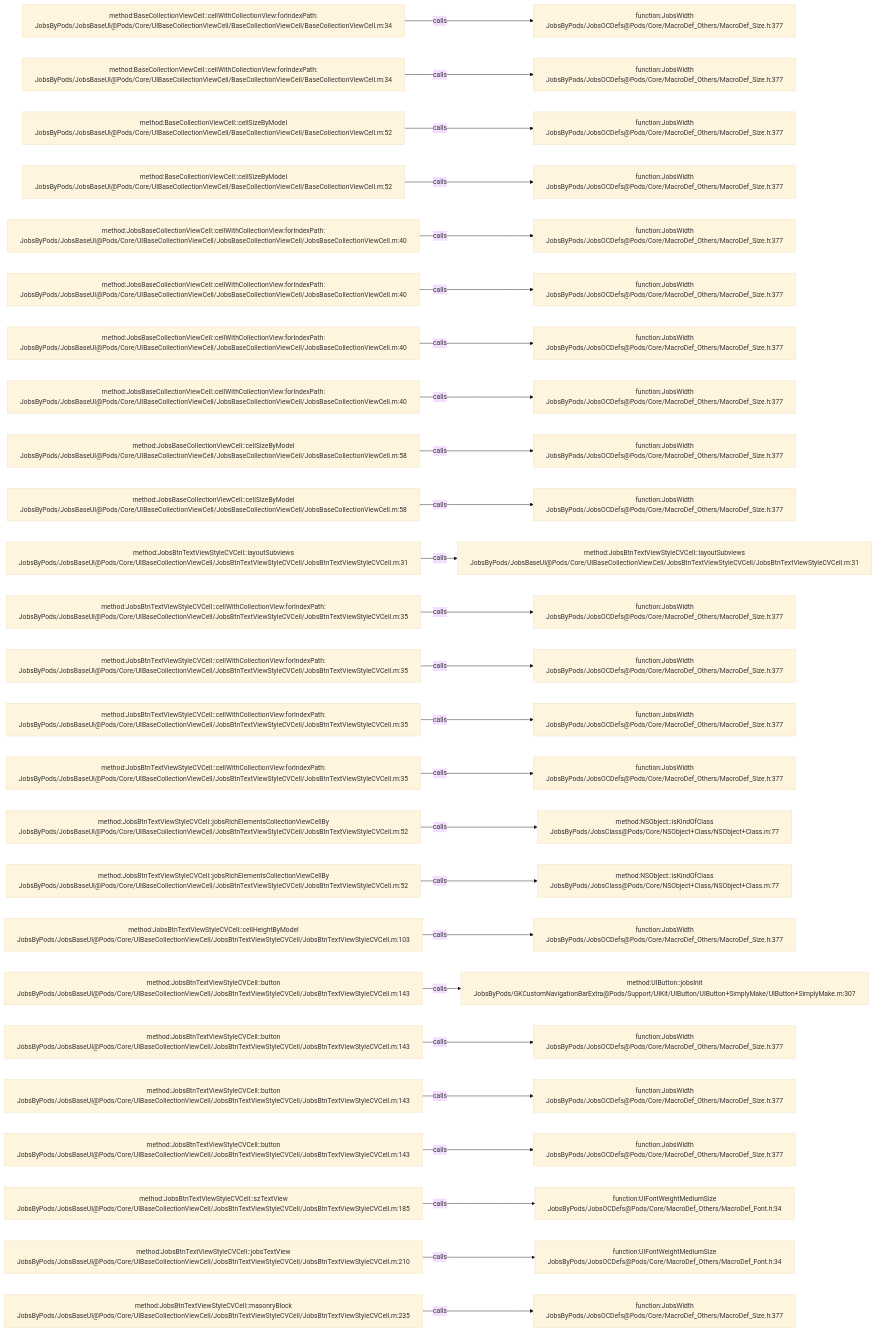
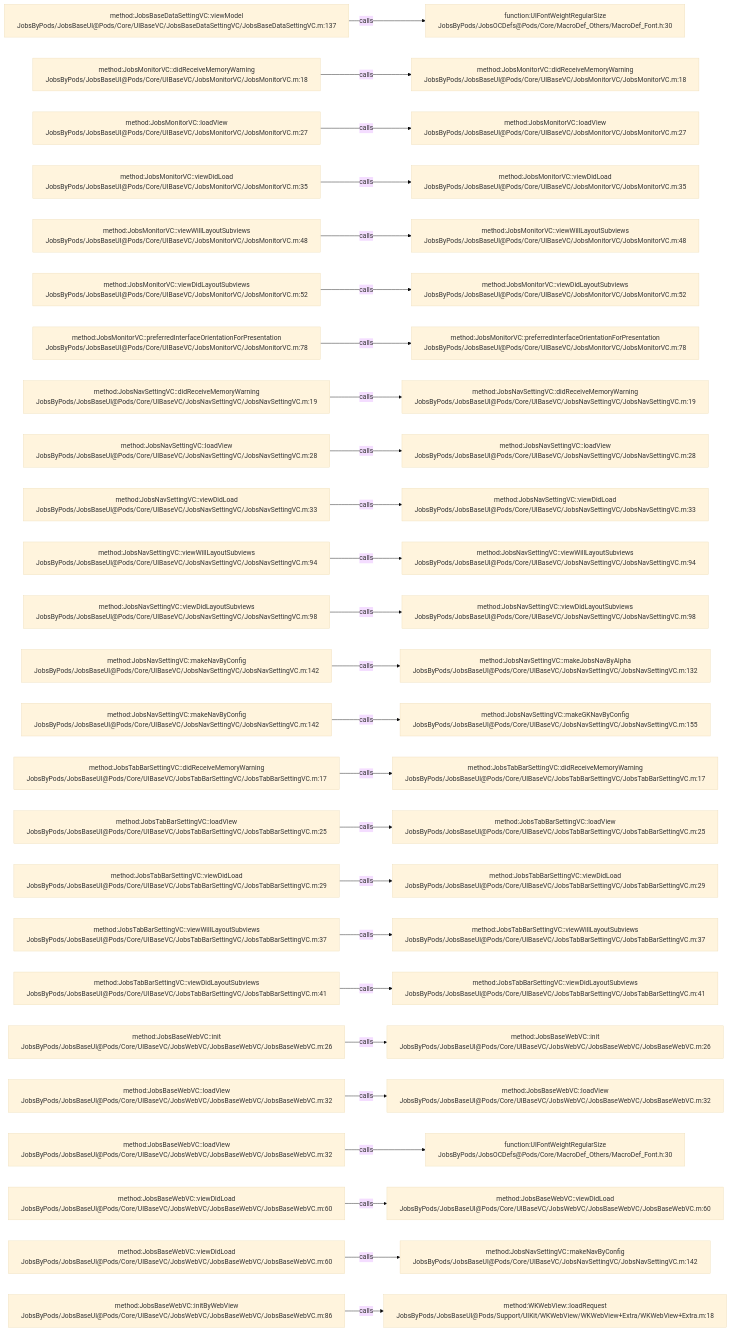
Before and after one commit to JobsKits/JobsOCBaseConfigDemo: the diagram in .codegraph/codegraph.md/graphs/calls-034.md, drawn with Mermaid (base theme). The commit also changed 1026 other files, not shown here.

````diff
--- a/.codegraph/codegraph.md/graphs/calls-034.md
+++ b/.codegraph/codegraph.md/graphs/calls-034.md
@@ -13,78 +13,78 @@
 ```mermaid
 flowchart LR
-  S1["method:BaseCollectionViewCell::cellWithCollectionView:forIndexPath:<br/>JobsByPods/JobsBaseUI@Pods/Core/UIBaseCollectionViewCell/BaseCollectionViewCell/BaseCollectionViewCell.m:34"]
-  T1["function:JobsWidth<br/>JobsByPods/JobsOCDefs@Pods/Core/MacroDef_Others/MacroDef_Size.h:377"]
+  S1["method:JobsBaseDataSettingVC::viewModel<br/>JobsByPods/JobsBaseUI@Pods/Core/UIBaseVC/JobsBaseDataSettingVC/JobsBaseDataSettingVC.m:137"]
+  T1["function:UIFontWeightRegularSize<br/>JobsByPods/JobsOCDefs@Pods/Core/MacroDef_Others/MacroDef_Font.h:30"]
   S1 -->|calls| T1
-  S2["method:BaseCollectionViewCell::cellWithCollectionView:forIndexPath:<br/>JobsByPods/JobsBaseUI@Pods/Core/UIBaseCollectionViewCell/BaseCollectionViewCell/BaseCollectionViewCell.m:34"]
-  T2["function:JobsWidth<br/>JobsByPods/JobsOCDefs@Pods/Core/MacroDef_Others/MacroDef_Size.h:377"]
+  S2["method:JobsMonitorVC::didReceiveMemoryWarning<br/>JobsByPods/JobsBaseUI@Pods/Core/UIBaseVC/JobsMonitorVC/JobsMonitorVC.m:18"]
+  T2["method:JobsMonitorVC::didReceiveMemoryWarning<br/>JobsByPods/JobsBaseUI@Pods/Core/UIBaseVC/JobsMonitorVC/JobsMonitorVC.m:18"]
   S2 -->|calls| T2
-  S3["method:BaseCollectionViewCell::cellSizeByModel<br/>JobsByPods/JobsBaseUI@Pods/Core/UIBaseCollectionViewCell/BaseCollectionViewCell/BaseCollectionViewCell.m:52"]
-  T3["function:JobsWidth<br/>JobsByPods/JobsOCDefs@Pods/Core/MacroDef_Others/MacroDef_Size.h:377"]
+  S3["method:JobsMonitorVC::loadView<br/>JobsByPods/JobsBaseUI@Pods/Core/UIBaseVC/JobsMonitorVC/JobsMonitorVC.m:27"]
+  T3["method:JobsMonitorVC::loadView<br/>JobsByPods/JobsBaseUI@Pods/Core/UIBaseVC/JobsMonitorVC/JobsMonitorVC.m:27"]
   S3 -->|calls| T3
-  S4["method:BaseCollectionViewCell::cellSizeByModel<br/>JobsByPods/JobsBaseUI@Pods/Core/UIBaseCollectionViewCell/BaseCollectionViewCell/BaseCollectionViewCell.m:52"]
-  T4["function:JobsWidth<br/>JobsByPods/JobsOCDefs@Pods/Core/MacroDef_Others/MacroDef_Size.h:377"]
+  S4["method:JobsMonitorVC::viewDidLoad<br/>JobsByPods/JobsBaseUI@Pods/Core/UIBaseVC/JobsMonitorVC/JobsMonitorVC.m:35"]
+  T4["method:JobsMonitorVC::viewDidLoad<br/>JobsByPods/JobsBaseUI@Pods/Core/UIBaseVC/JobsMonitorVC/JobsMonitorVC.m:35"]
   S4 -->|calls| T4
-  S5["method:JobsBaseCollectionViewCell::cellWithCollectionView:forIndexPath:<br/>JobsByPods/JobsBaseUI@Pods/Core/UIBaseCollectionViewCell/JobsBaseCollectionViewCell/JobsBaseCollectionViewCell.m:40"]
-  T5["function:JobsWidth<br/>JobsByPods/JobsOCDefs@Pods/Core/MacroDef_Others/MacroDef_Size.h:377"]
+  S5["method:JobsMonitorVC::viewWillLayoutSubviews<br/>JobsByPods/JobsBaseUI@Pods/Core/UIBaseVC/JobsMonitorVC/JobsMonitorVC.m:48"]
+  T5["method:JobsMonitorVC::viewWillLayoutSubviews<br/>JobsByPods/JobsBaseUI@Pods/Core/UIBaseVC/JobsMonitorVC/JobsMonitorVC.m:48"]
   S5 -->|calls| T5
-  S6["method:JobsBaseCollectionViewCell::cellWithCollectionView:forIndexPath:<br/>JobsByPods/JobsBaseUI@Pods/Core/UIBaseCollectionViewCell/JobsBaseCollectionViewCell/JobsBaseCollectionViewCell.m:40"]
-  T6["function:JobsWidth<br/>JobsByPods/JobsOCDefs@Pods/Core/MacroDef_Others/MacroDef_Size.h:377"]
+  S6["method:JobsMonitorVC::viewDidLayoutSubviews<br/>JobsByPods/JobsBaseUI@Pods/Core/UIBaseVC/JobsMonitorVC/JobsMonitorVC.m:52"]
+  T6["method:JobsMonitorVC::viewDidLayoutSubviews<br/>JobsByPods/JobsBaseUI@Pods/Core/UIBaseVC/JobsMonitorVC/JobsMonitorVC.m:52"]
   S6 -->|calls| T6
-  S7["method:JobsBaseCollectionViewCell::cellWithCollectionView:forIndexPath:<br/>JobsByPods/JobsBaseUI@Pods/Core/UIBaseCollectionViewCell/JobsBaseCollectionViewCell/JobsBaseCollectionViewCell.m:40"]
-  T7["function:JobsWidth<br/>JobsByPods/JobsOCDefs@Pods/Core/MacroDef_Others/MacroDef_Size.h:377"]
+  S7["method:JobsMonitorVC::preferredInterfaceOrientationForPresentation<br/>JobsByPods/JobsBaseUI@Pods/Core/UIBaseVC/JobsMonitorVC/JobsMonitorVC.m:78"]
+  T7["method:JobsMonitorVC::preferredInterfaceOrientationForPresentation<br/>JobsByPods/JobsBaseUI@Pods/Core/UIBaseVC/JobsMonitorVC/JobsMonitorVC.m:78"]
   S7 -->|calls| T7
-  S8["method:JobsBaseCollectionViewCell::cellWithCollectionView:forIndexPath:<br/>JobsByPods/JobsBaseUI@Pods/Core/UIBaseCollectionViewCell/JobsBaseCollectionViewCell/JobsBaseCollectionViewCell.m:40"]
-  T8["function:JobsWidth<br/>JobsByPods/JobsOCDefs@Pods/Core/MacroDef_Others/MacroDef_Size.h:377"]
+  S8["method:JobsNavSettingVC::didReceiveMemoryWarning<br/>JobsByPods/JobsBaseUI@Pods/Core/UIBaseVC/JobsNavSettingVC/JobsNavSettingVC.m:19"]
+  T8["method:JobsNavSettingVC::didReceiveMemoryWarning<br/>JobsByPods/JobsBaseUI@Pods/Core/UIBaseVC/JobsNavSettingVC/JobsNavSettingVC.m:19"]
   S8 -->|calls| T8
-  S9["method:JobsBaseCollectionViewCell::cellSizeByModel<br/>JobsByPods/JobsBaseUI@Pods/Core/UIBaseCollectionViewCell/JobsBaseCollectionViewCell/JobsBaseCollectionViewCell.m:58"]
-  T9["function:JobsWidth<br/>JobsByPods/JobsOCDefs@Pods/Core/MacroDef_Others/MacroDef_Size.h:377"]
+  S9["method:JobsNavSettingVC::loadView<br/>JobsByPods/JobsBaseUI@Pods/Core/UIBaseVC/JobsNavSettingVC/JobsNavSettingVC.m:28"]
+  T9["method:JobsNavSettingVC::loadView<br/>JobsByPods/JobsBaseUI@Pods/Core/UIBaseVC/JobsNavSettingVC/JobsNavSettingVC.m:28"]
   S9 -->|calls| T9
-  S10["method:JobsBaseCollectionViewCell::cellSizeByModel<br/>JobsByPods/JobsBaseUI@Pods/Core/UIBaseCollectionViewCell/JobsBaseCollectionViewCell/JobsBaseCollectionViewCell.m:58"]
-  T10["function:JobsWidth<br/>JobsByPods/JobsOCDefs@Pods/Core/MacroDef_Others/MacroDef_Size.h:377"]
+  S10["method:JobsNavSettingVC::viewDidLoad<br/>JobsByPods/JobsBaseUI@Pods/Core/UIBaseVC/JobsNavSettingVC/JobsNavSettingVC.m:33"]
+  T10["method:JobsNavSettingVC::viewDidLoad<br/>JobsByPods/JobsBaseUI@Pods/Core/UIBaseVC/JobsNavSettingVC/JobsNavSettingVC.m:33"]
   S10 -->|calls| T10
-  S11["method:JobsBtnTextViewStyleCVCell::layoutSubviews<br/>JobsByPods/JobsBaseUI@Pods/Core/UIBaseCollectionViewCell/JobsBtnTextViewStyleCVCell/JobsBtnTextViewStyleCVCell.m:31"]
-  T11["method:JobsBtnTextViewStyleCVCell::layoutSubviews<br/>JobsByPods/JobsBaseUI@Pods/Core/UIBaseCollectionViewCell/JobsBtnTextViewStyleCVCell/JobsBtnTextViewStyleCVCell.m:31"]
+  S11["method:JobsNavSettingVC::viewWillLayoutSubviews<br/>JobsByPods/JobsBaseUI@Pods/Core/UIBaseVC/JobsNavSettingVC/JobsNavSettingVC.m:94"]
+  T11["method:JobsNavSettingVC::viewWillLayoutSubviews<br/>JobsByPods/JobsBaseUI@Pods/Core/UIBaseVC/JobsNavSettingVC/JobsNavSettingVC.m:94"]
   S11 -->|calls| T11
-  S12["method:JobsBtnTextViewStyleCVCell::cellWithCollectionView:forIndexPath:<br/>JobsByPods/JobsBaseUI@Pods/Core/UIBaseCollectionViewCell/JobsBtnTextViewStyleCVCell/JobsBtnTextViewStyleCVCell.m:35"]
-  T12["function:JobsWidth<br/>JobsByPods/JobsOCDefs@Pods/Core/MacroDef_Others/MacroDef_Size.h:377"]
+  S12["method:JobsNavSettingVC::viewDidLayoutSubviews<br/>JobsByPods/JobsBaseUI@Pods/Core/UIBaseVC/JobsNavSettingVC/JobsNavSettingVC.m:98"]
+  T12["method:JobsNavSettingVC::viewDidLayoutSubviews<br/>JobsByPods/JobsBaseUI@Pods/Core/UIBaseVC/JobsNavSettingVC/JobsNavSettingVC.m:98"]
   S12 -->|calls| T12
-  S13["method:JobsBtnTextViewStyleCVCell::cellWithCollectionView:forIndexPath:<br/>JobsByPods/JobsBaseUI@Pods/Core/UIBaseCollectionViewCell/JobsBtnTextViewStyleCVCell/JobsBtnTextViewStyleCVCell.m:35"]
-  T13["function:JobsWidth<br/>JobsByPods/JobsOCDefs@Pods/Core/MacroDef_Others/MacroDef_Size.h:377"]
+  S13["method:JobsNavSettingVC::makeNavByConfig<br/>JobsByPods/JobsBaseUI@Pods/Core/UIBaseVC/JobsNavSettingVC/JobsNavSettingVC.m:142"]
+  T13["method:JobsNavSettingVC::makeJobsNavByAlpha<br/>JobsByPods/JobsBaseUI@Pods/Core/UIBaseVC/JobsNavSettingVC/JobsNavSettingVC.m:132"]
   S13 -->|calls| T13
-  S14["method:JobsBtnTextViewStyleCVCell::cellWithCollectionView:forIndexPath:<br/>JobsByPods/JobsBaseUI@Pods/Core/UIBaseCollectionViewCell/JobsBtnTextViewStyleCVCell/JobsBtnTextViewStyleCVCell.m:35"]
-  T14["function:JobsWidth<br/>JobsByPods/JobsOCDefs@Pods/Core/MacroDef_Others/MacroDef_Size.h:377"]
+  S14["method:JobsNavSettingVC::makeNavByConfig<br/>JobsByPods/JobsBaseUI@Pods/Core/UIBaseVC/JobsNavSettingVC/JobsNavSettingVC.m:142"]
+  T14["method:JobsNavSettingVC::makeGKNavByConfig<br/>JobsByPods/JobsBaseUI@Pods/Core/UIBaseVC/JobsNavSettingVC/JobsNavSettingVC.m:155"]
   S14 -->|calls| T14
-  S15["method:JobsBtnTextViewStyleCVCell::cellWithCollectionView:forIndexPath:<br/>JobsByPods/JobsBaseUI@Pods/Core/UIBaseCollectionViewCell/JobsBtnTextViewStyleCVCell/JobsBtnTextViewStyleCVCell.m:35"]
-  T15["function:JobsWidth<br/>JobsByPods/JobsOCDefs@Pods/Core/MacroDef_Others/MacroDef_Size.h:377"]
+  S15["method:JobsTabBarSettingVC::didReceiveMemoryWarning<br/>JobsByPods/JobsBaseUI@Pods/Core/UIBaseVC/JobsTabBarSettingVC/JobsTabBarSettingVC.m:17"]
+  T15["method:JobsTabBarSettingVC::didReceiveMemoryWarning<br/>JobsByPods/JobsBaseUI@Pods/Core/UIBaseVC/JobsTabBarSettingVC/JobsTabBarSettingVC.m:17"]
   S15 -->|calls| T15
-  S16["method:JobsBtnTextViewStyleCVCell::jobsRichElementsCollectionViewCellBy<br/>JobsByPods/JobsBaseUI@Pods/Core/UIBaseCollectionViewCell/JobsBtnTextViewStyleCVCell/JobsBtnTextViewStyleCVCell.m:52"]
-  T16["method:NSObject::isKindOfClass<br/>JobsByPods/JobsClass@Pods/Core/NSObject+Class/NSObject+Class.m:77"]
+  S16["method:JobsTabBarSettingVC::loadView<br/>JobsByPods/JobsBaseUI@Pods/Core/UIBaseVC/JobsTabBarSettingVC/JobsTabBarSettingVC.m:25"]
+  T16["method:JobsTabBarSettingVC::loadView<br/>JobsByPods/JobsBaseUI@Pods/Core/UIBaseVC/JobsTabBarSettingVC/JobsTabBarSettingVC.m:25"]
   S16 -->|calls| T16
-  S17["method:JobsBtnTextViewStyleCVCell::jobsRichElementsCollectionViewCellBy<br/>JobsByPods/JobsBaseUI@Pods/Core/UIBaseCollectionViewCell/JobsBtnTextViewStyleCVCell/JobsBtnTextViewStyleCVCell.m:52"]
-  T17["method:NSObject::isKindOfClass<br/>JobsByPods/JobsClass@Pods/Core/NSObject+Class/NSObject+Class.m:77"]
+  S17["method:JobsTabBarSettingVC::viewDidLoad<br/>JobsByPods/JobsBaseUI@Pods/Core/UIBaseVC/JobsTabBarSettingVC/JobsTabBarSettingVC.m:29"]
+  T17["method:JobsTabBarSettingVC::viewDidLoad<br/>JobsByPods/JobsBaseUI@Pods/Core/UIBaseVC/JobsTabBarSettingVC/JobsTabBarSettingVC.m:29"]
   S17 -->|calls| T17
-  S18["method:JobsBtnTextViewStyleCVCell::cellHeightByModel<br/>JobsByPods/JobsBaseUI@Pods/Core/UIBaseCollectionViewCell/JobsBtnTextViewStyleCVCell/JobsBtnTextViewStyleCVCell.m:103"]
-  T18["function:JobsWidth<br/>JobsByPods/JobsOCDefs@Pods/Core/MacroDef_Others/MacroDef_Size.h:377"]
+  S18["method:JobsTabBarSettingVC::viewWillLayoutSubviews<br/>JobsByPods/JobsBaseUI@Pods/Core/UIBaseVC/JobsTabBarSettingVC/JobsTabBarSettingVC.m:37"]
+  T18["method:JobsTabBarSettingVC::viewWillLayoutSubviews<br/>JobsByPods/JobsBaseUI@Pods/Core/UIBaseVC/JobsTabBarSettingVC/JobsTabBarSettingVC.m:37"]
   S18 -->|calls| T18
-  S19["method:JobsBtnTextViewStyleCVCell::button<br/>JobsByPods/JobsBaseUI@Pods/Core/UIBaseCollectionViewCell/JobsBtnTextViewStyleCVCell/JobsBtnTextViewStyleCVCell.m:143"]
-  T19["method:UIButton::jobsInit<br/>JobsByPods/GKCustomNavigationBarExtra@Pods/Support/UIKit/UIButton/UIButton+SimplyMake/UIButton+SimplyMake.m:307"]
+  S19["method:JobsTabBarSettingVC::viewDidLayoutSubviews<br/>JobsByPods/JobsBaseUI@Pods/Core/UIBaseVC/JobsTabBarSettingVC/JobsTabBarSettingVC.m:41"]
+  T19["method:JobsTabBarSettingVC::viewDidLayoutSubviews<br/>JobsByPods/JobsBaseUI@Pods/Core/UIBaseVC/JobsTabBarSettingVC/JobsTabBarSettingVC.m:41"]
   S19 -->|calls| T19
-  S20["method:JobsBtnTextViewStyleCVCell::button<br/>JobsByPods/JobsBaseUI@Pods/Core/UIBaseCollectionViewCell/JobsBtnTextViewStyleCVCell/JobsBtnTextViewStyleCVCell.m:143"]
-  T20["function:JobsWidth<br/>JobsByPods/JobsOCDefs@Pods/Core/MacroDef_Others/MacroDef_Size.h:377"]
+  S20["method:JobsBaseWebVC::init<br/>JobsByPods/JobsBaseUI@Pods/Core/UIBaseVC/JobsWebVC/JobsBaseWebVC/JobsBaseWebVC.m:26"]
+  T20["method:JobsBaseWebVC::init<br/>JobsByPods/JobsBaseUI@Pods/Core/UIBaseVC/JobsWebVC/JobsBaseWebVC/JobsBaseWebVC.m:26"]
   S20 -->|calls| T20
-  S21["method:JobsBtnTextViewStyleCVCell::button<br/>JobsByPods/JobsBaseUI@Pods/Core/UIBaseCollectionViewCell/JobsBtnTextViewStyleCVCell/JobsBtnTextViewStyleCVCell.m:143"]
-  T21["function:JobsWidth<br/>JobsByPods/JobsOCDefs@Pods/Core/MacroDef_Others/MacroDef_Size.h:377"]
+  S21["method:JobsBaseWebVC::loadView<br/>JobsByPods/JobsBaseUI@Pods/Core/UIBaseVC/JobsWebVC/JobsBaseWebVC/JobsBaseWebVC.m:32"]
+  T21["method:JobsBaseWebVC::loadView<br/>JobsByPods/JobsBaseUI@Pods/Core/UIBaseVC/JobsWebVC/JobsBaseWebVC/JobsBaseWebVC.m:32"]
   S21 -->|calls| T21
-  S22["method:JobsBtnTextViewStyleCVCell::button<br/>JobsByPods/JobsBaseUI@Pods/Core/UIBaseCollectionViewCell/JobsBtnTextViewStyleCVCell/JobsBtnTextViewStyleCVCell.m:143"]
-  T22["function:JobsWidth<br/>JobsByPods/JobsOCDefs@Pods/Core/MacroDef_Others/MacroDef_Size.h:377"]
+  S22["method:JobsBaseWebVC::loadView<br/>JobsByPods/JobsBaseUI@Pods/Core/UIBaseVC/JobsWebVC/JobsBaseWebVC/JobsBaseWebVC.m:32"]
+  T22["function:UIFontWeightRegularSize<br/>JobsByPods/JobsOCDefs@Pods/Core/MacroDef_Others/MacroDef_Font.h:30"]
   S22 -->|calls| T22
-  S23["method:JobsBtnTextViewStyleCVCell::szTextView<br/>JobsByPods/JobsBaseUI@Pods/Core/UIBaseCollectionViewCell/JobsBtnTextViewStyleCVCell/JobsBtnTextViewStyleCVCell.m:185"]
-  T23["function:UIFontWeightMediumSize<br/>JobsByPods/JobsOCDefs@Pods/Core/MacroDef_Others/MacroDef_Font.h:34"]
+  S23["method:JobsBaseWebVC::viewDidLoad<br/>JobsByPods/JobsBaseUI@Pods/Core/UIBaseVC/JobsWebVC/JobsBaseWebVC/JobsBaseWebVC.m:60"]
+  T23["method:JobsBaseWebVC::viewDidLoad<br/>JobsByPods/JobsBaseUI@Pods/Core/UIBaseVC/JobsWebVC/JobsBaseWebVC/JobsBaseWebVC.m:60"]
   S23 -->|calls| T23
-  S24["method:JobsBtnTextViewStyleCVCell::jobsTextView<br/>JobsByPods/JobsBaseUI@Pods/Core/UIBaseCollectionViewCell/JobsBtnTextViewStyleCVCell/JobsBtnTextViewStyleCVCell.m:210"]
-  T24["function:UIFontWeightMediumSize<br/>JobsByPods/JobsOCDefs@Pods/Core/MacroDef_Others/MacroDef_Font.h:34"]
+  S24["method:JobsBaseWebVC::viewDidLoad<br/>JobsByPods/JobsBaseUI@Pods/Core/UIBaseVC/JobsWebVC/JobsBaseWebVC/JobsBaseWebVC.m:60"]
+  T24["method:JobsNavSettingVC::makeNavByConfig<br/>JobsByPods/JobsBaseUI@Pods/Core/UIBaseVC/JobsNavSettingVC/JobsNavSettingVC.m:142"]
   S24 -->|calls| T24
-  S25["method:JobsBtnTextViewStyleCVCell::masonryBlock<br/>JobsByPods/JobsBaseUI@Pods/Core/UIBaseCollectionViewCell/JobsBtnTextViewStyleCVCell/JobsBtnTextViewStyleCVCell.m:235"]
-  T25["function:JobsWidth<br/>JobsByPods/JobsOCDefs@Pods/Core/MacroDef_Others/MacroDef_Size.h:377"]
+  S25["method:JobsBaseWebVC::initByWebView<br/>JobsByPods/JobsBaseUI@Pods/Core/UIBaseVC/JobsWebVC/JobsBaseWebVC/JobsBaseWebVC.m:86"]
+  T25["method:WKWebView::loadRequest<br/>JobsByPods/JobsBaseUI@Pods/Support/UIKit/WKWebView/WKWebView+Extra/WKWebView+Extra.m:18"]
   S25 -->|calls| T25
 ```
````
